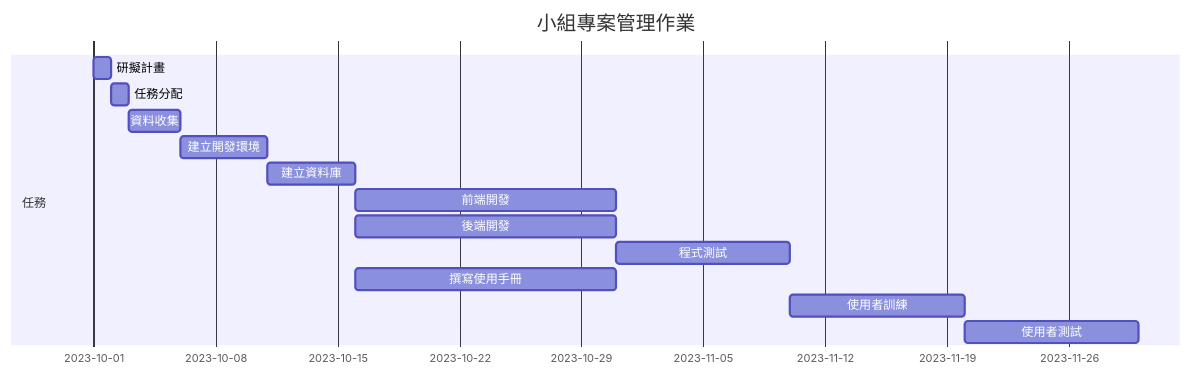
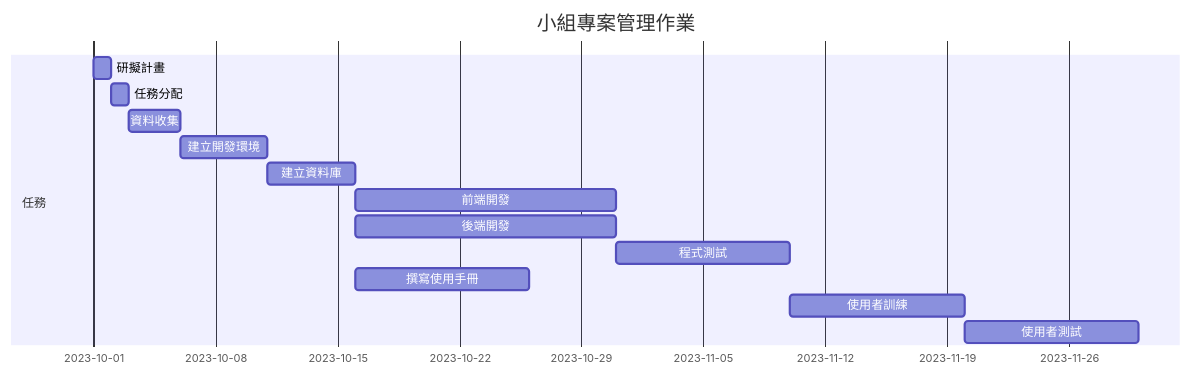
The diagram in group-hw2.md (Xuan730/T5), drawn with Mermaid before and after one commit.

````diff
--- a/group-hw2.md
+++ b/group-hw2.md
@@ -5,17 +5,17 @@
 ```mermaid
 gantt
     title 小組專案管理作業
 
     section 任務
     研擬計畫 :a1, 2023-10-01, 1d
     任務分配 :a2, after a1, 1d
     資料收集 :a3, after a2 , 3d
     建立開發環境 :a4, after a3, 5d
     建立資料庫 :a5, after a4, 5d
     前端開發:a6,after a5, 15d
     後端開發:a7, after a5, 15d
     程式測試 :a8, after a6、a7, 10d
-    撰寫使用手冊 :a9, after a5, 15d
+    撰寫使用手冊 :a9, after a5, 10d
     使用者訓練 :a10, after a8, 10d
     使用者測試 : a11, after a10, 10d
 ```
````
